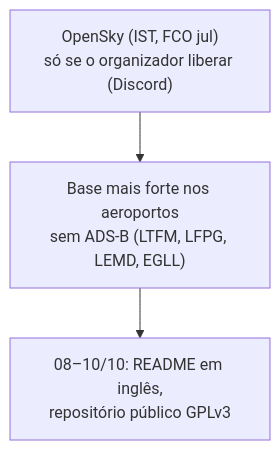
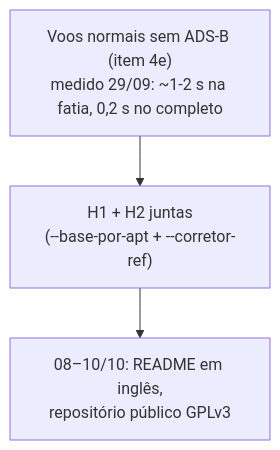
Before and after one commit to EnioAguiar/prc-taxiout-2026: the third of 3 diagrams in docs/mapa.md, drawn with Mermaid. The commit also changed other lines of this file and 12 other files, not shown here.

First line of the commit message:
Item 4e: voos normais sem ADS-B — diagnóstico e duas hipóteses medidas

````diff
--- a/docs/mapa.md
+++ b/docs/mapa.md
@@ -99,5 +119,5 @@
 ```mermaid
 flowchart TD
-    O["OpenSky (IST, FCO jul)<br/>só se o organizador liberar (Discord)"] --> B["Base mais forte nos aeroportos<br/>sem ADS-B (LTFM, LFPG, LEMD, EGLL)"]
-    B --> FIM["08–10/10: README em inglês,<br/>repositório público GPLv3"]
+    B["Voos normais sem ADS-B (item 4e)<br/>medido 29/09: ~1-2 s na fatia, 0,2 s no completo"] --> C["H1 + H2 juntas<br/>(--base-por-apt + --corretor-ref)"]
+    C --> FIM["08–10/10: README em inglês,<br/>repositório público GPLv3"]
 ```
````
